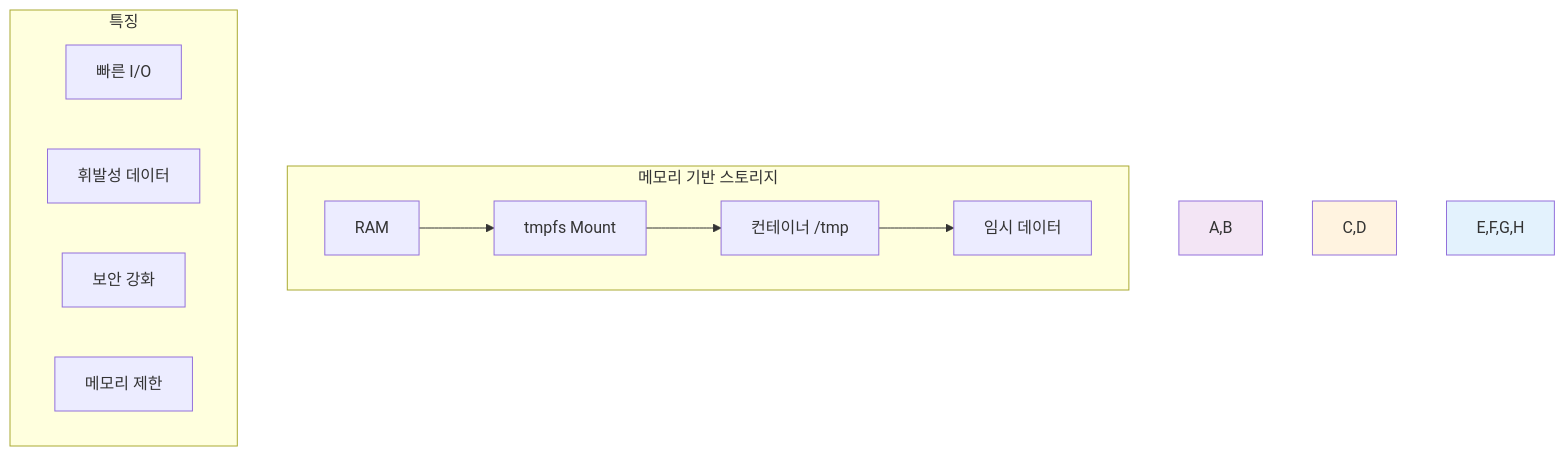
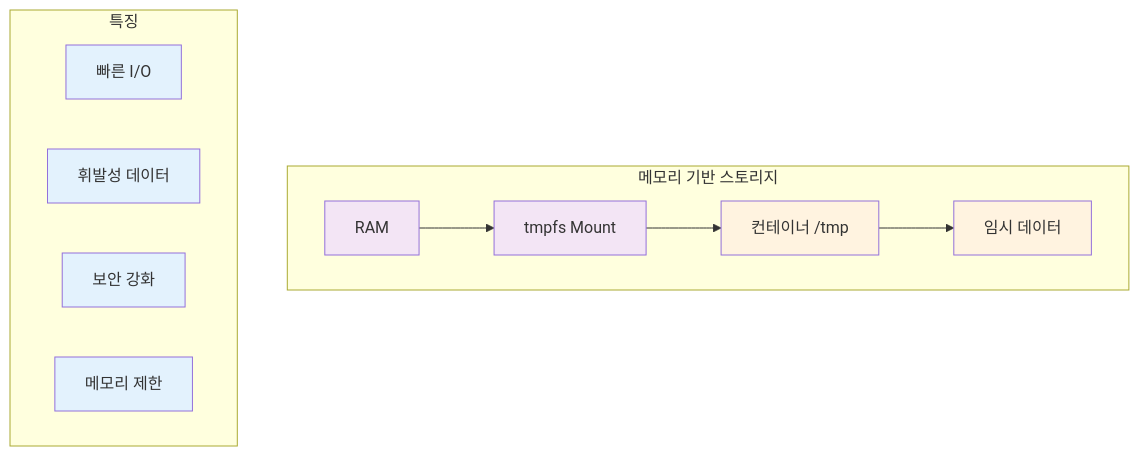
One commit to niceguy61/kdt_devops_lecture_2025 changed the fifth of 5 diagrams in theory/week_02/day2/session_1.md. Above: the diagram before and after it, drawn with Mermaid. The commit also changed other lines of this file and 63 other files, not shown here.

````diff
--- a/theory/week_02/day2/session_1.md
+++ b/theory/week_02/day2/session_1.md
@@ -184,19 +194,24 @@
 ```mermaid
 graph TB
     subgraph "메모리 기반 스토리지"
         A[RAM] --> B[tmpfs Mount]
         B --> C[컨테이너 /tmp]
         C --> D[임시 데이터]
     end
     
     subgraph "특징"
         E[빠른 I/O]
         F[휘발성 데이터]
         G[보안 강화]
         H[메모리 제한]
     end
     
-    style A,B fill:#f3e5f5
-    style C,D fill:#fff3e0
-    style E,F,G,H fill:#e3f2fd
+    style A fill:#f3e5f5
+    style B fill:#f3e5f5
+    style C fill:#fff3e0
+    style D fill:#fff3e0
+    style E fill:#e3f2fd
+    style F fill:#e3f2fd
+    style G fill:#e3f2fd
+    style H fill:#e3f2fd
 ```
````
